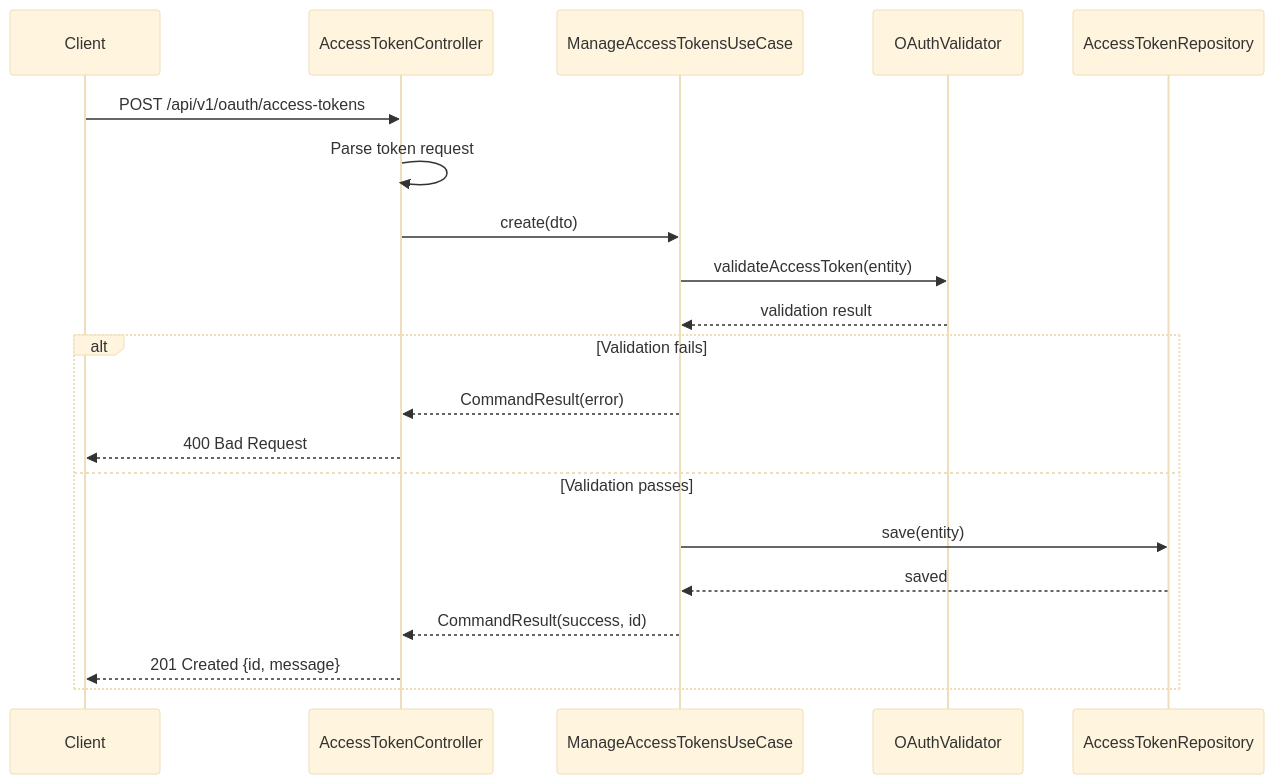
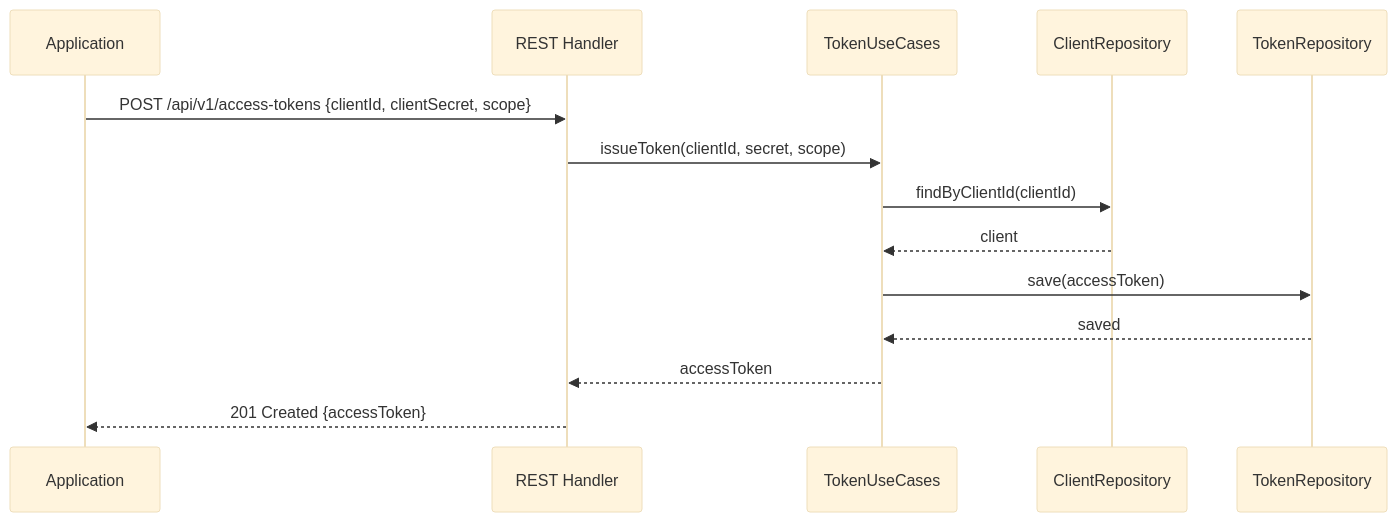
Before and after one commit to UIMSolutions/uim-platform: the third of 3 diagrams in oauth/UML.md, drawn with Mermaid (base theme). The commit also changed other lines of this file and 128 other files, not shown here.

Commit message:
Refactor UML documentation for Task Center and Transport services; streamline class diagrams, sequence diagrams, and component diagrams for clarity and consistency. Update NAFv4 architecture description to enhance structure and readability. Adjust container module imports for better organization.

````diff
--- a/oauth/UML.md
+++ b/oauth/UML.md
@@ -253,23 +92,17 @@
 ```mermaid
 sequenceDiagram
-    participant Client
-    participant AccessTokenController
-    participant ManageAccessTokensUseCase
-    participant OAuthValidator
-    participant AccessTokenRepository
+    participant A as Application
+    participant R as REST Handler
+    participant UC as TokenUseCases
+    participant CR as ClientRepository
+    participant TR as TokenRepository
 
-    Client->>AccessTokenController: POST /api/v1/oauth/access-tokens
-    AccessTokenController->>AccessTokenController: Parse token request
-    AccessTokenController->>ManageAccessTokensUseCase: create(dto)
-    ManageAccessTokensUseCase->>OAuthValidator: validateAccessToken(entity)
-    OAuthValidator-->>ManageAccessTokensUseCase: validation result
-    alt Validation fails
-        ManageAccessTokensUseCase-->>AccessTokenController: CommandResult(error)
-        AccessTokenController-->>Client: 400 Bad Request
-    else Validation passes
-        ManageAccessTokensUseCase->>AccessTokenRepository: save(entity)
-        AccessTokenRepository-->>ManageAccessTokensUseCase: saved
-        ManageAccessTokensUseCase-->>AccessTokenController: CommandResult(success, id)
-        AccessTokenController-->>Client: 201 Created {id, message}
-    end
+    A->>R: POST /api/v1/access-tokens {clientId, clientSecret, scope}
+    R->>UC: issueToken(clientId, secret, scope)
+    UC->>CR: findByClientId(clientId)
+    CR-->>UC: client
+    UC->>TR: save(accessToken)
+    TR-->>UC: saved
+    UC-->>R: accessToken
+    R-->>A: 201 Created {accessToken}
 ```
````
